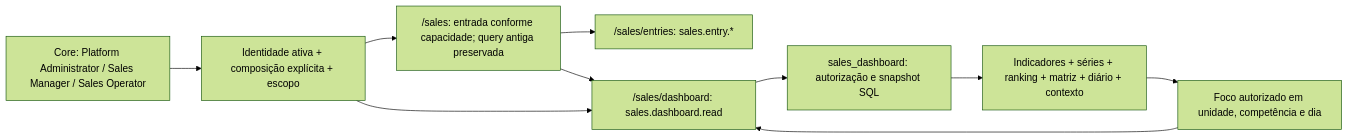
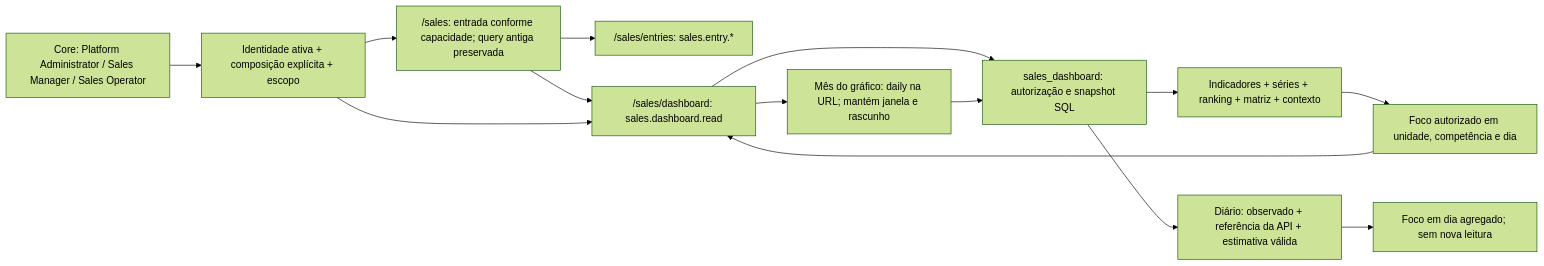
The diagram in docs/modules/sales/VEN04B_DASHBOARD_UI.md (The-Vonky/Gaucha-Gestao), drawn with Mermaid (forest theme) before and after one commit. The commit also changed other lines of this file and 50 other files, not shown here.

````diff
--- a/docs/modules/sales/VEN04B_DASHBOARD_UI.md
+++ b/docs/modules/sales/VEN04B_DASHBOARD_UI.md
@@ -61,12 +65,16 @@
 ```mermaid
 flowchart LR
   P["Core: Platform Administrator / Sales Manager / Sales Operator"] --> A["Identidade ativa + composição explícita + escopo"]
   A --> E["/sales: entrada conforme capacidade; query antiga preservada"]
   E --> O["/sales/entries: sales.entry.*"]
   E --> D
   A --> D["/sales/dashboard: sales.dashboard.read"]
   D --> RPC["sales_dashboard: autorização e snapshot SQL"]
-  RPC --> V["Indicadores + séries + ranking + matriz + diário + contexto"]
+  RPC --> V["Indicadores + séries + ranking + matriz + contexto"]
+  D --> M["Mês do gráfico: daily na URL; mantém janela e rascunho"]
+  M --> RPC
+  RPC --> DAILY["Diário: observado + referência da API + estimativa válida"]
+  DAILY --> DAY["Foco em dia agregado; sem nova leitura"]
   V --> F["Foco autorizado em unidade, competência e dia"]
   F --> D
 ```
````
